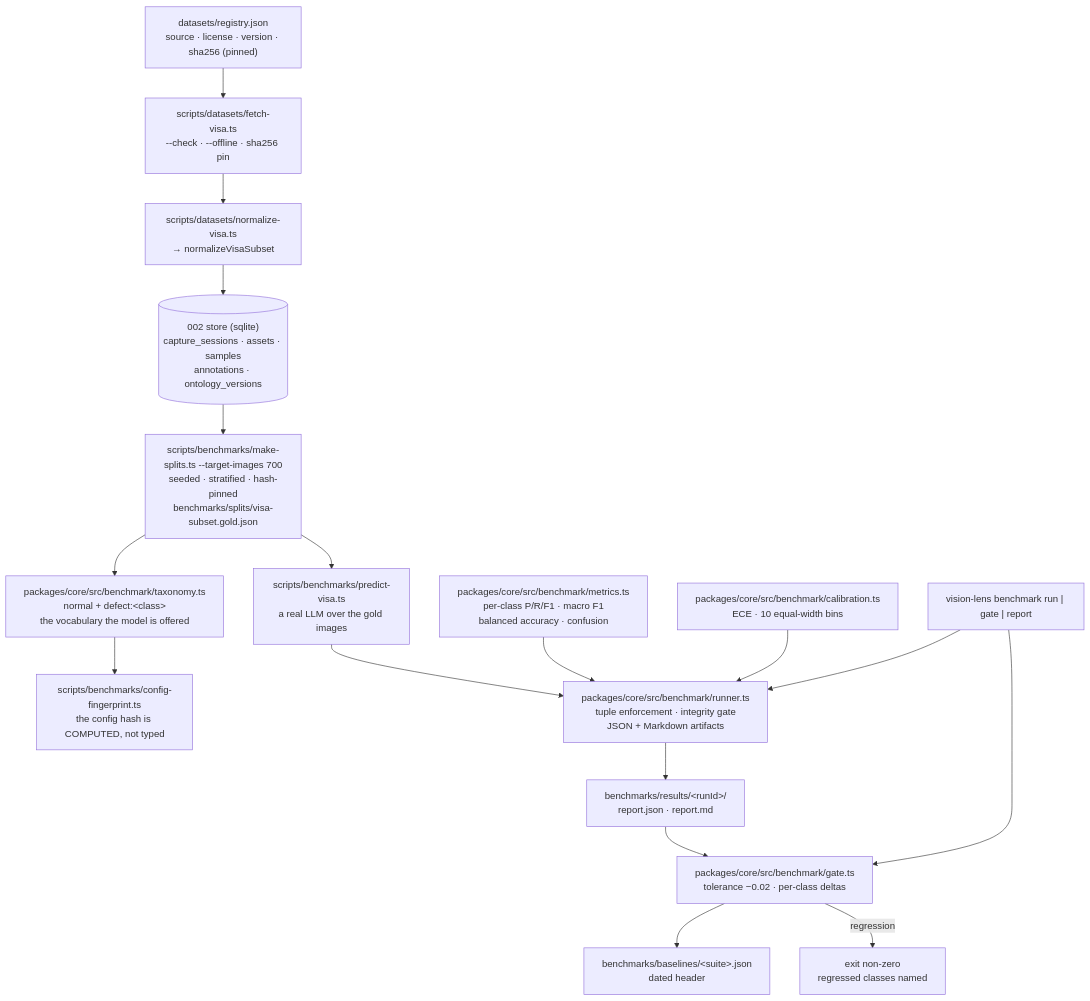
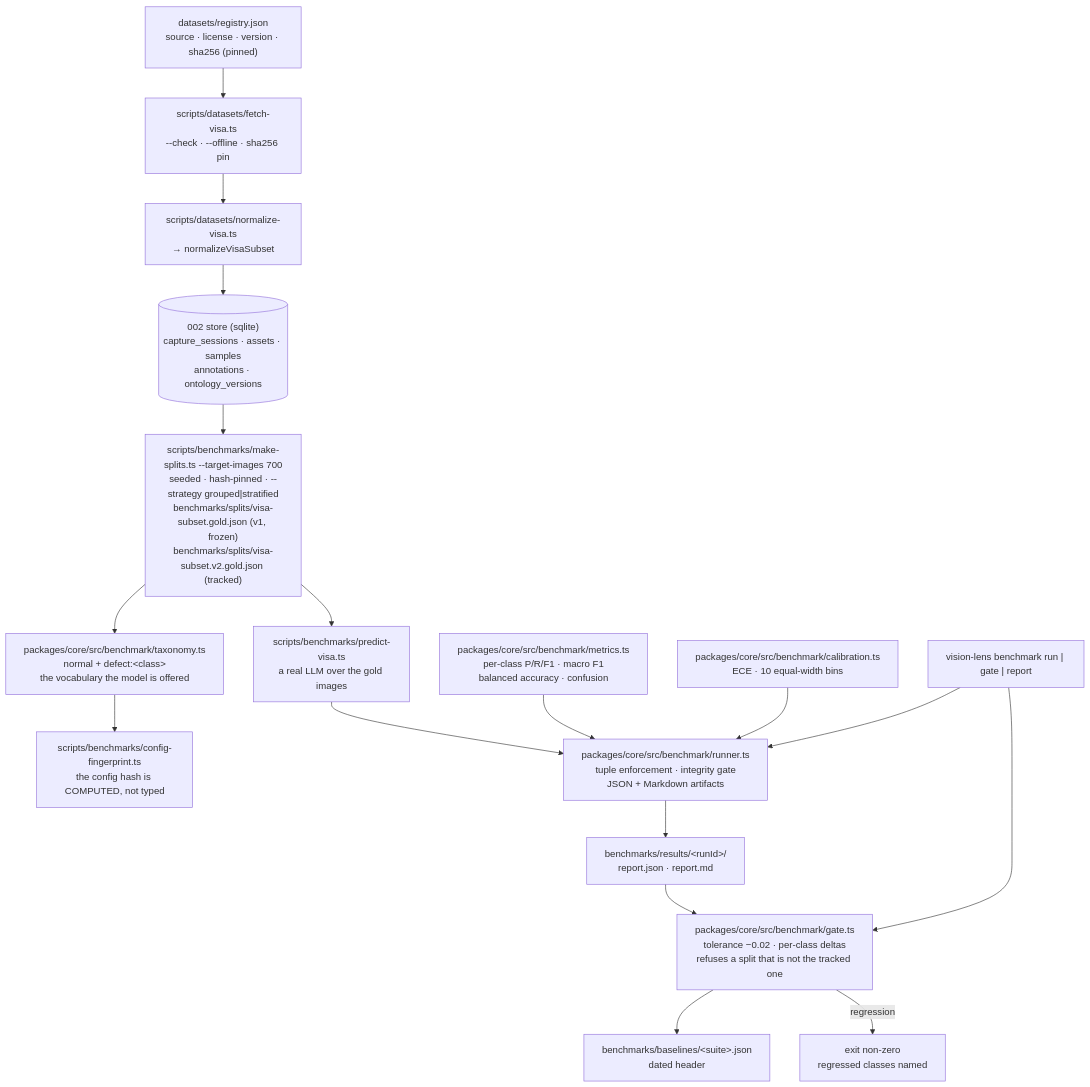
The first of 2 diagrams in docs/architecture/benchmark.md (erikunha/LAIbemage), drawn with Mermaid before and after one commit. The commit also changed other lines of this file and 4 other files, not shown here.

Commit message:
docs(benchmark): state what the metric is and what it is not

````diff
--- a/docs/architecture/benchmark.md
+++ b/docs/architecture/benchmark.md
@@ -26,32 +30,32 @@
 ```mermaid
 flowchart TD
     REG["datasets/registry.json<br/>source · license · version · sha256 (pinned)"]
     FETCH["scripts/datasets/fetch-visa.ts<br/>--check · --offline · sha256 pin"]
     NORM["scripts/datasets/normalize-visa.ts<br/>→ normalizeVisaSubset"]
     STORE[("002 store (sqlite)<br/>capture_sessions · assets · samples<br/>annotations · ontology_versions")]
-    SPLIT["scripts/benchmarks/make-splits.ts --target-images 700<br/>seeded · stratified · hash-pinned<br/>benchmarks/splits/visa-subset.gold.json"]
+    SPLIT["scripts/benchmarks/make-splits.ts --target-images 700<br/>seeded · hash-pinned · --strategy grouped|stratified<br/>benchmarks/splits/visa-subset.gold.json (v1, frozen)<br/>benchmarks/splits/visa-subset.v2.gold.json (tracked)"]
     TAX["packages/core/src/benchmark/taxonomy.ts<br/>normal + defect:&lt;class&gt;<br/>the vocabulary the model is offered"]
     FP["scripts/benchmarks/config-fingerprint.ts<br/>the config hash is COMPUTED, not typed"]
     PRED["scripts/benchmarks/predict-visa.ts<br/>a real LLM over the gold images"]
     METRICS["packages/core/src/benchmark/metrics.ts<br/>per-class P/R/F1 · macro F1<br/>balanced accuracy · confusion"]
     CALIB["packages/core/src/benchmark/calibration.ts<br/>ECE · 10 equal-width bins"]
     RUNNER["packages/core/src/benchmark/runner.ts<br/>tuple enforcement · integrity gate<br/>JSON + Markdown artifacts"]
-    GATE["packages/core/src/benchmark/gate.ts<br/>tolerance −0.02 · per-class deltas"]
+    GATE["packages/core/src/benchmark/gate.ts<br/>tolerance −0.02 · per-class deltas<br/>refuses a split that is not the tracked one"]
     CLI["vision-lens benchmark run | gate | report"]
     ART["benchmarks/results/&lt;runId&gt;/<br/>report.json · report.md"]
     BASE["benchmarks/baselines/&lt;suite&gt;.json<br/>dated header"]
 
     REG --> FETCH --> NORM --> STORE --> SPLIT
     SPLIT --> TAX
     TAX --> FP
     SPLIT --> PRED
     PRED --> RUNNER
     METRICS --> RUNNER
     CALIB --> RUNNER
     RUNNER --> ART
     CLI --> RUNNER
     CLI --> GATE
     ART --> GATE
     GATE --> BASE
     GATE -- "regression" --> FAIL["exit non-zero<br/>regressed classes named"]
 ```
````
